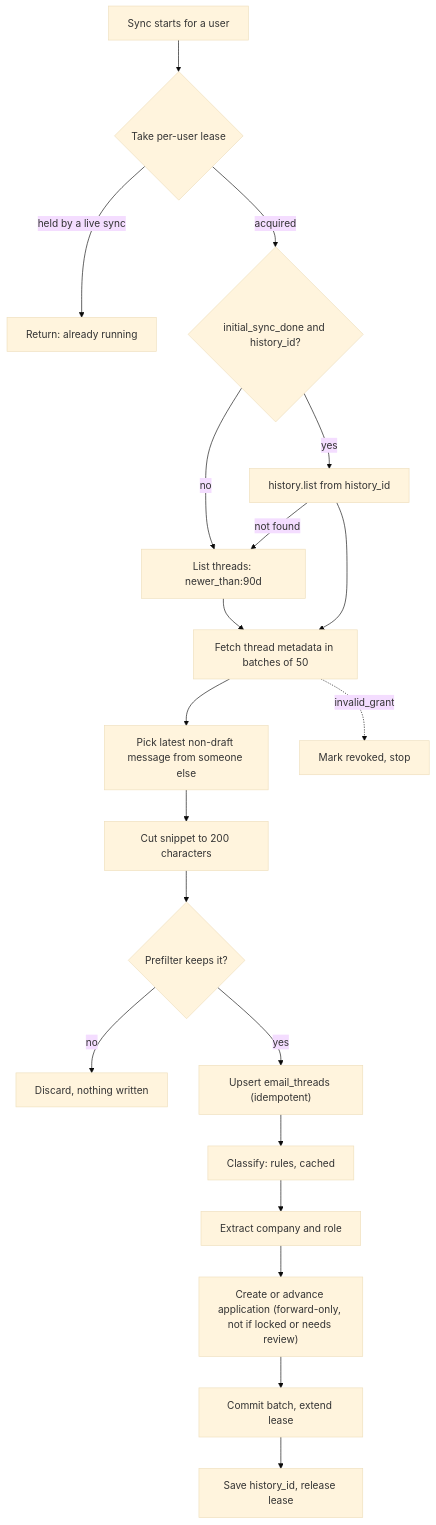
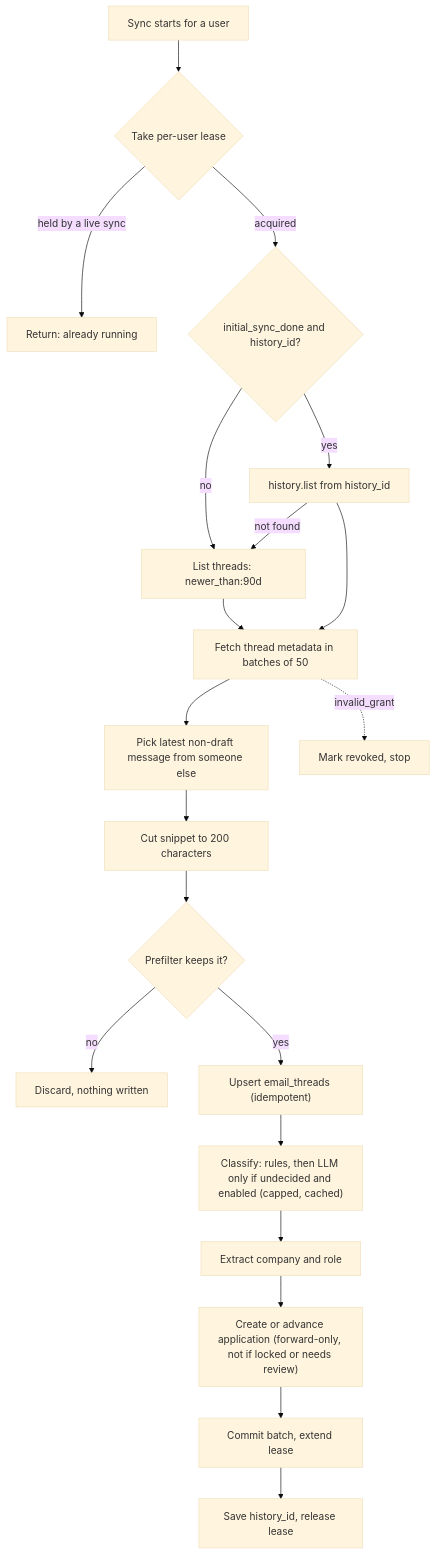
Before and after one commit to Aliankhann/ApplicationTrackerAI: the second of 2 diagrams in docs/architecture.md, drawn with Mermaid (base theme). The commit also changed other lines of this file and 27 other files, not shown here.

````diff
--- a/docs/architecture.md
+++ b/docs/architecture.md
@@ -56,22 +56,22 @@
 ```mermaid
 flowchart TD
     Start["Sync starts for a user"] --> Lease{"Take per-user lease"}
     Lease -->|"held by a live sync"| Stop["Return: already running"]
     Lease -->|"acquired"| Mode{"initial_sync_done and history_id?"}
     Mode -->|"no"| List["List threads: newer_than:90d"]
     Mode -->|"yes"| Hist["history.list from history_id"]
     Hist -->|"not found"| List
     Hist --> Fetch
     List --> Fetch["Fetch thread metadata in batches of 50"]
     Fetch --> Pick["Pick latest non-draft message from someone else"]
     Pick --> Cut["Cut snippet to 200 characters"]
     Cut --> Pre{"Prefilter keeps it?"}
     Pre -->|"no"| Drop["Discard, nothing written"]
     Pre -->|"yes"| Up["Upsert email_threads (idempotent)"]
-    Up --> Cls["Classify: rules, cached"]
+    Up --> Cls["Classify: rules, then LLM only if undecided and enabled (capped, cached)"]
     Cls --> Ext["Extract company and role"]
     Ext --> App["Create or advance application (forward-only, not if locked or needs review)"]
     App --> Commit["Commit batch, extend lease"]
     Commit --> Save["Save history_id, release lease"]
     Fetch -.->|"invalid_grant"| Rev["Mark revoked, stop"]
 ```
````
